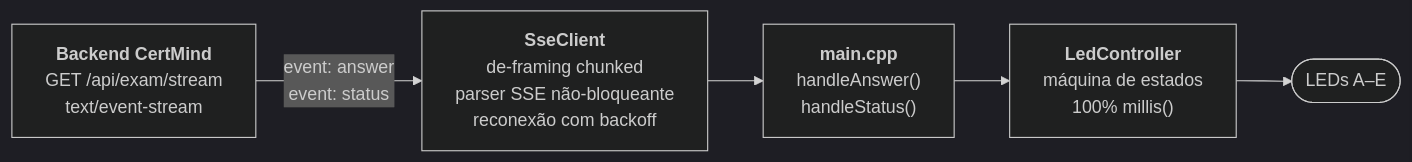
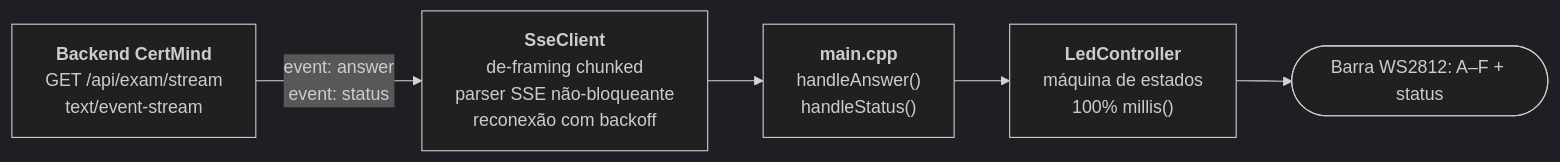
Before and after one commit to proera/Esp8266_Cert_Assistant: the diagram in README.md, drawn with Mermaid (dark theme). The commit also changed other lines of this file and 7 other files, not shown here.

First line of the commit message:
Feat: LEDs 6+2 (v3.2) — M3: respostas A-F + pixels de status dedicados

````diff
--- a/README.md
+++ b/README.md
@@ -51,13 +51,13 @@
 ```mermaid
 flowchart LR
     API["<b>Backend CertMind</b><br/>GET /api/exam/stream<br/>text/event-stream"]
     SSE["<b>SseClient</b><br/>de-framing chunked<br/>parser SSE não-bloqueante<br/>reconexão com backoff"]
     MAIN["<b>main.cpp</b><br/>handleAnswer()<br/>handleStatus()"]
     LED["<b>LedController</b><br/>máquina de estados<br/>100% millis()"]
-    OUT(["LEDs A–E"])
+    OUT(["Barra WS2812: A–F + status"])
 
     API -->|"event: answer<br/>event: status"| SSE
     SSE --> MAIN
     MAIN --> LED
     LED --> OUT
 ```
````
